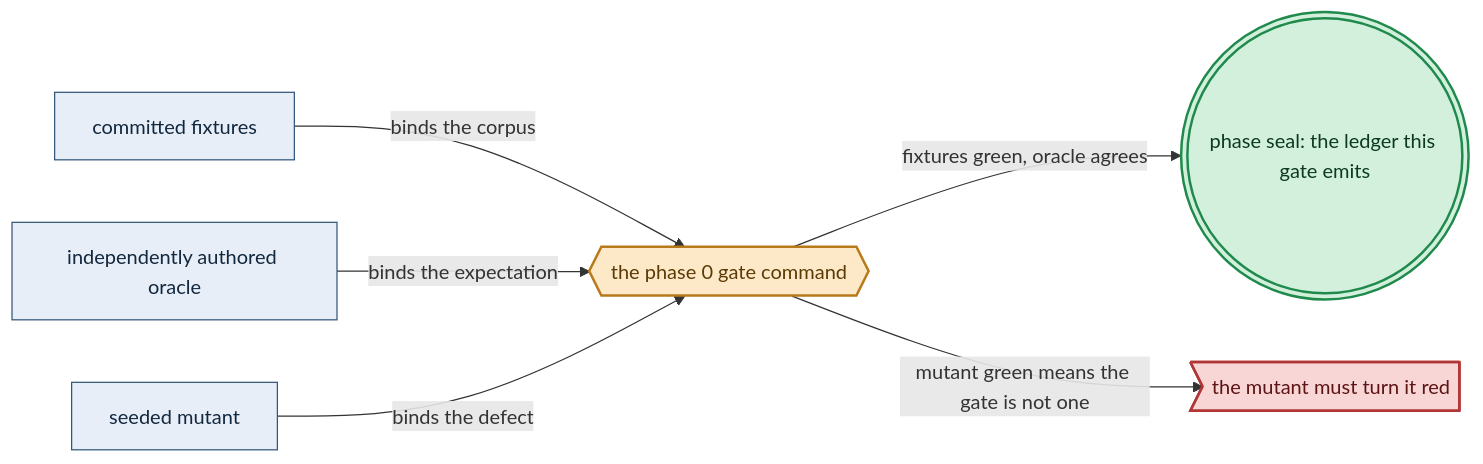
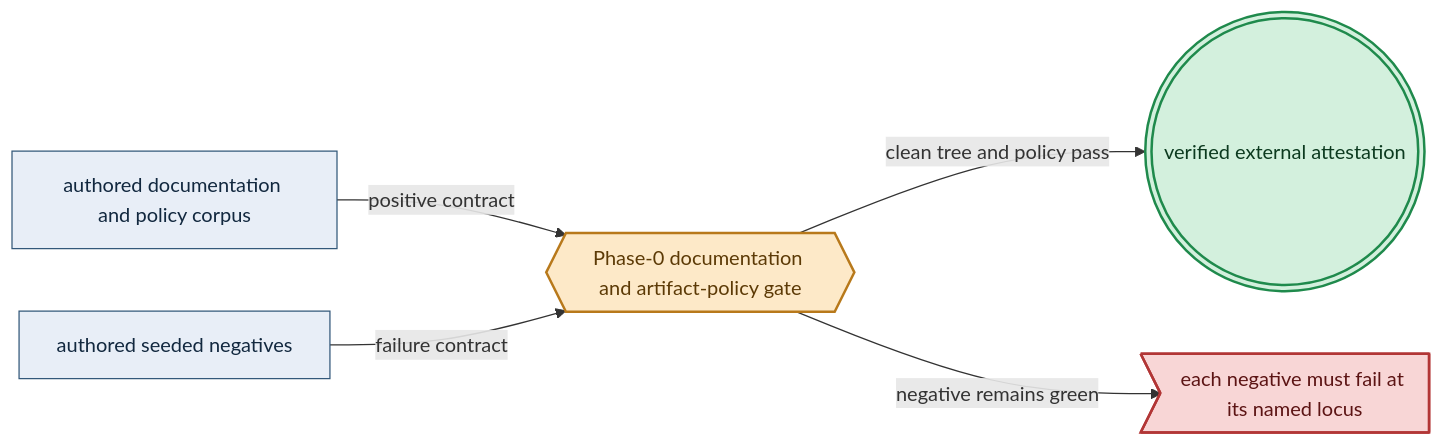
The diagram in DEVELOPMENT_PLAN/phase_00_documentation_suite.md (Tuee22/amoebius), drawn with Mermaid before and after one commit. The commit also changed other lines of this file and 1894 other files, not shown here.

````diff
--- a/DEVELOPMENT_PLAN/phase_00_documentation_suite.md
+++ b/DEVELOPMENT_PLAN/phase_00_documentation_suite.md
@@ -105,19 +133,17 @@
 ```mermaid
 flowchart LR
   %% register: algebra
-  fx["committed fixtures"]:::intent
-  or["independently authored oracle"]:::intent
-  mu["seeded mutant"]:::intent
-  g{{"the phase 0 gate command"}}:::gate
-  ok((("phase seal: the ledger this gate emits"))):::seal
-  no>"the mutant must turn it red"]:::refuse
-  fx -->|"binds the corpus"| g
-  or -->|"binds the expectation"| g
-  mu -->|"binds the defect"| g
-  g -->|"fixtures green, oracle agrees"| ok
-  g -->|"mutant green means the gate is not one"| no
+  src["authored documentation and policy corpus"]:::intent
+  neg["authored seeded negatives"]:::intent
+  gate{{"Phase-0 documentation and artifact-policy gate"}}:::gate
+  ext((("verified external attestation"))):::seal
+  red>"each negative must fail at its named locus"]:::refuse
+  src -->|"positive contract"| gate
+  neg -->|"failure contract"| gate
+  gate -->|"clean tree and policy pass"| ext
+  gate -->|"negative remains green"| red
   classDef intent   fill:#e8eef7,stroke:#33587a,color:#12283f,stroke-width:1px
   classDef gate     fill:#fde9c8,stroke:#b8791b,color:#5c3a06,stroke-width:2px
   classDef seal     fill:#d3f0dd,stroke:#1f8a4c,color:#0c3a1f,stroke-width:2px
   classDef refuse   fill:#f8d6d6,stroke:#b23636,color:#5c1414,stroke-width:2px
 ```
````
